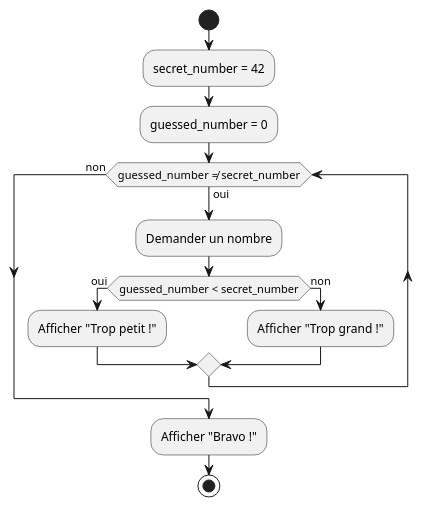
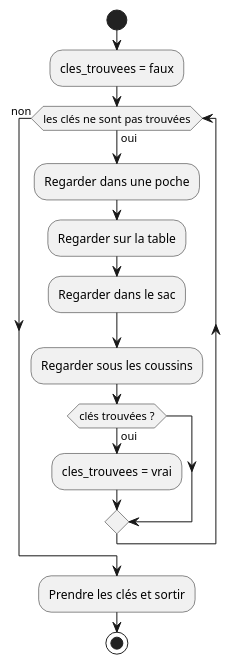
Before and after one commit to HEIG-VD-Prog-Course/HEIG-VD-ProgIM-Course: the sixth of 7 diagrams in 02.01-sequence-selection-iteration/01-supports-de-cours/README.md, drawn with PlantUML. The commit also changed other lines of this file and 1 other file, not shown here.

Commit message:
Refactor exercises in sequence, selection, and iteration section: (#15)

````diff
--- a/02.01-sequence-selection-iteration/01-supports-de-cours/README.md
+++ b/02.01-sequence-selection-iteration/01-supports-de-cours/README.md
@@ -816,17 +770,17 @@
 ```plantuml
 @startuml
 start
-:secret_number = 42;
-:guessed_number = 0;
-while (guessed_number ≠ secret_number) is (oui)
-    :Demander un nombre;
-    if (guessed_number < secret_number) then (oui)
-        :Afficher "Trop petit !";
-    else (non)
-        :Afficher "Trop grand !";
+:cles_trouvees = faux;
+while (les clés ne sont pas trouvées) is (oui)
+    :Regarder dans une poche;
+    :Regarder sur la table;
+    :Regarder dans le sac;
+    :Regarder sous les coussins;
+    if (clés trouvées ?) then (oui)
+        :cles_trouvees = vrai;
     endif
 endwhile (non)
-:Afficher "Bravo !";
+:Prendre les clés et sortir;
 stop
 @enduml
 ```
````
